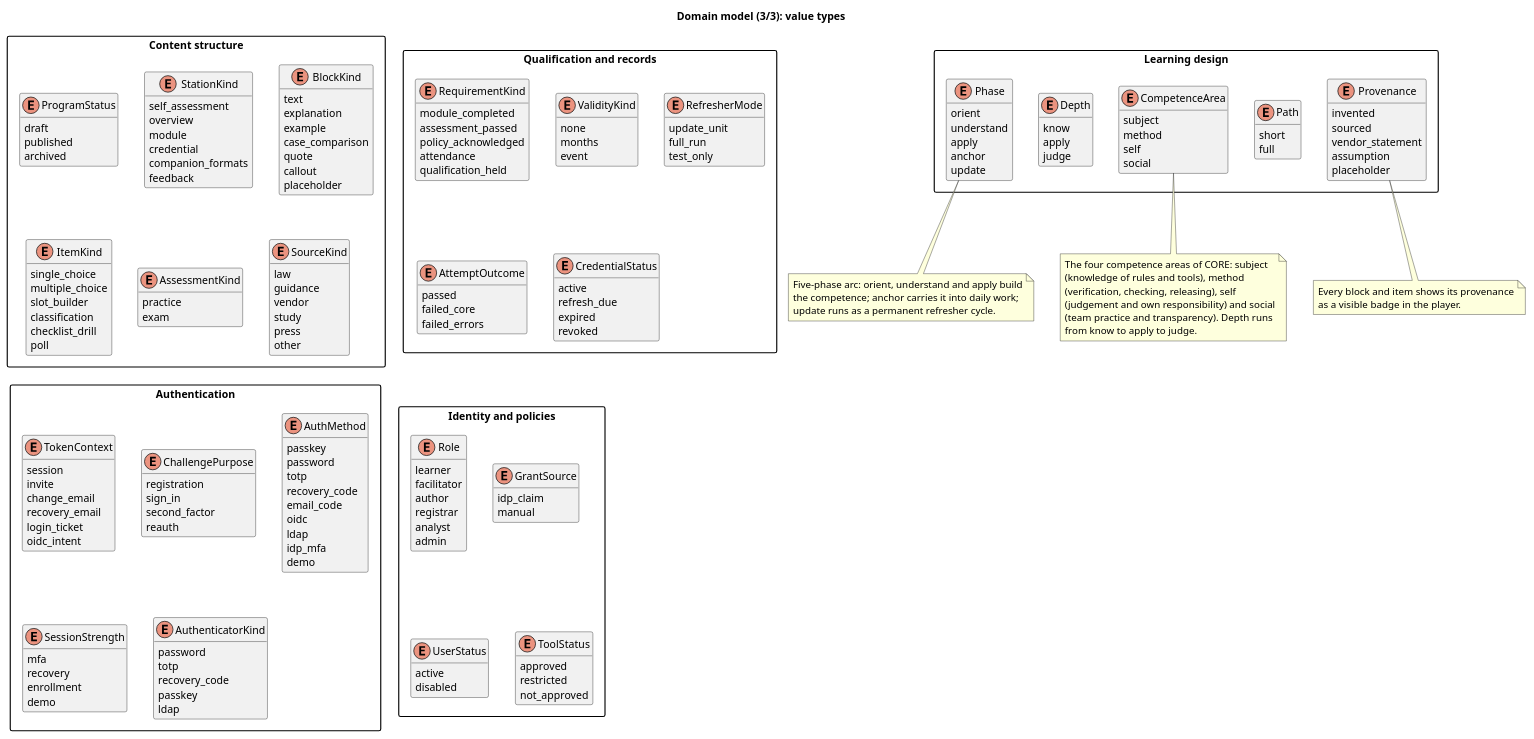
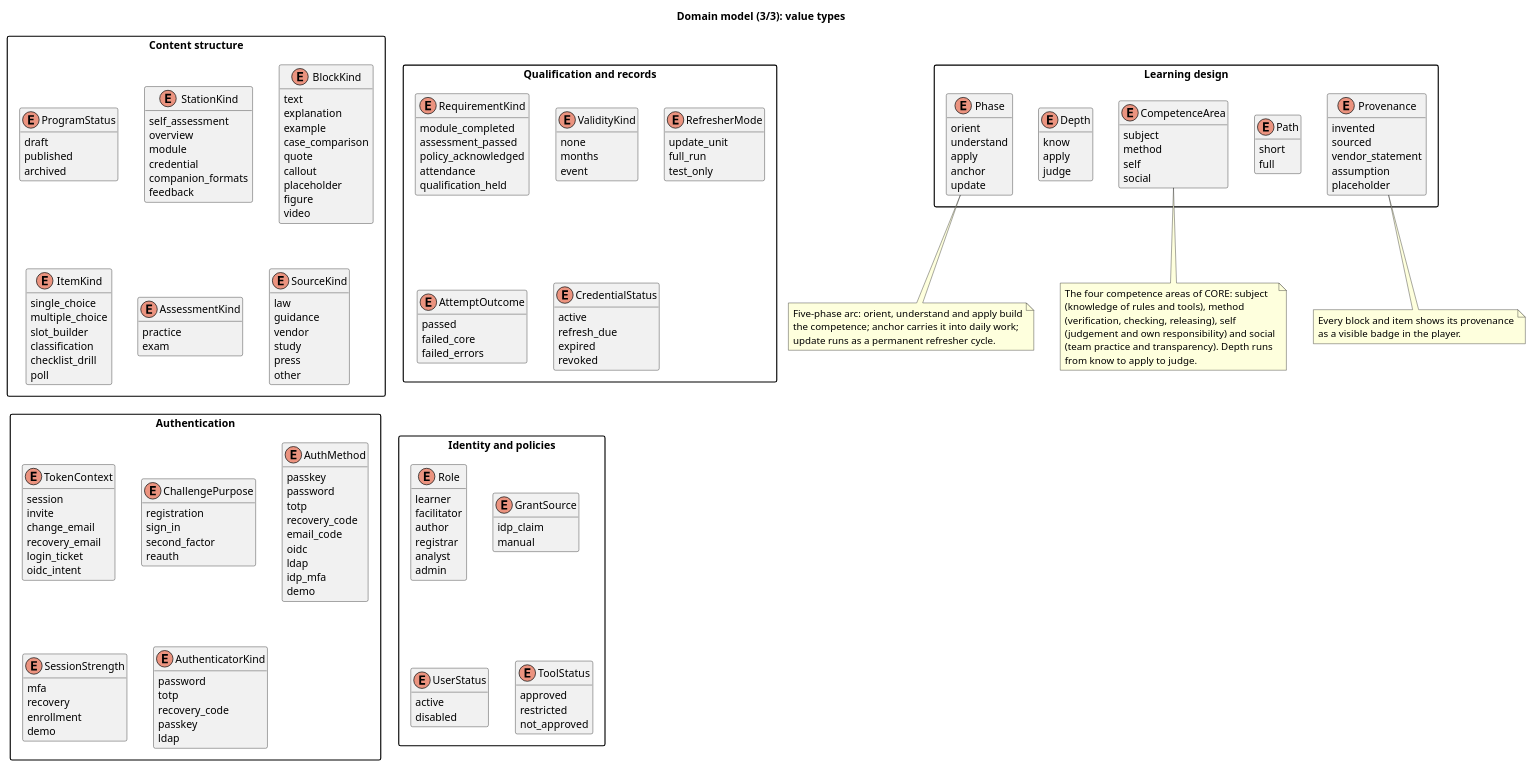
Before and after one commit to HelrenPDM/espalier: the diagram in docs/architecture/domain-values.puml, drawn with PlantUML. The commit also changed 274 other files, not shown here.

```diff
--- a/docs/architecture/domain-values.puml
+++ b/docs/architecture/domain-values.puml
@@ -64,6 +64,8 @@
     quote
     callout
     placeholder
+    figure
+    video
   }
 
   enum ItemKind {
```
